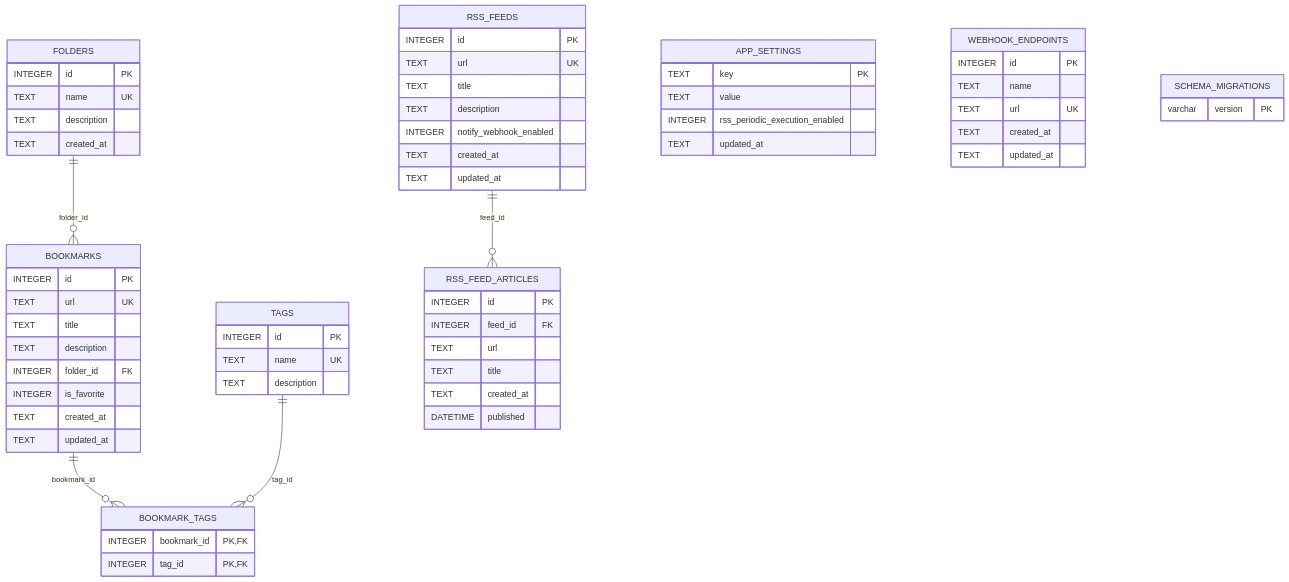
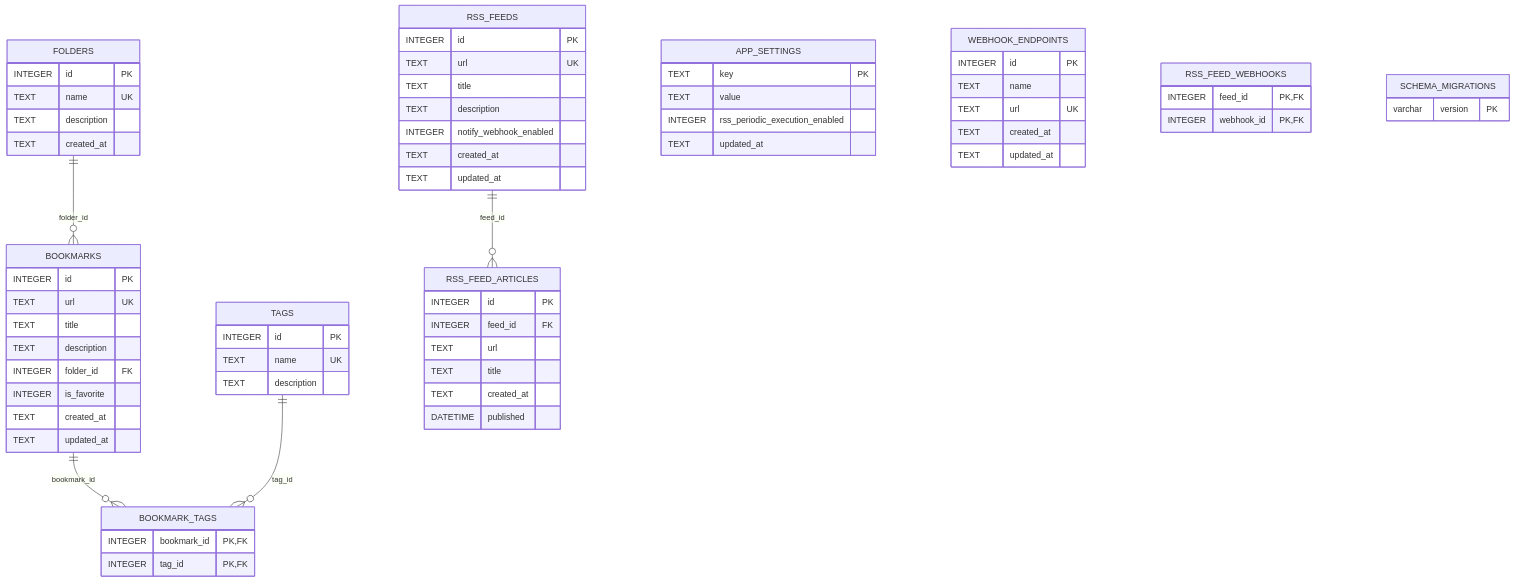
Before and after one commit to Kai17-a/shiori-keeper: the diagram in specs/architecture/data-model.md, drawn with Mermaid. The commit also changed other lines of this file and 28 other files, not shown here.

First line of the commit message:
feat(rss): allow selecting notification webhooks per feed

````diff
--- a/specs/architecture/data-model.md
+++ b/specs/architecture/data-model.md
@@ -8,74 +8,79 @@
 ```mermaid
 erDiagram
     FOLDERS ||--o{ BOOKMARKS : "folder_id"
     BOOKMARKS ||--o{ BOOKMARK_TAGS : "bookmark_id"
     TAGS ||--o{ BOOKMARK_TAGS : "tag_id"
     RSS_FEEDS ||--o{ RSS_FEED_ARTICLES : "feed_id"
 
     FOLDERS {
         INTEGER id PK
         TEXT name UK
         TEXT description
         TEXT created_at
     }
 
     BOOKMARKS {
         INTEGER id PK
         TEXT url UK
         TEXT title
         TEXT description
         INTEGER folder_id FK
         INTEGER is_favorite
         TEXT created_at
         TEXT updated_at
     }
 
     TAGS {
         INTEGER id PK
         TEXT name UK
         TEXT description
     }
 
     BOOKMARK_TAGS {
         INTEGER bookmark_id PK, FK
         INTEGER tag_id PK, FK
     }
 
     RSS_FEEDS {
         INTEGER id PK
         TEXT url UK
         TEXT title
         TEXT description
         INTEGER notify_webhook_enabled
         TEXT created_at
         TEXT updated_at
     }
 
     RSS_FEED_ARTICLES {
         INTEGER id PK
         INTEGER feed_id FK
         TEXT url
         TEXT title
         TEXT created_at
         DATETIME published
     }
 
     APP_SETTINGS {
         TEXT key PK
         TEXT value
         INTEGER rss_periodic_execution_enabled
         TEXT updated_at
     }
 
     WEBHOOK_ENDPOINTS {
         INTEGER id PK
         TEXT name
         TEXT url UK
         TEXT created_at
         TEXT updated_at
     }
 
+    RSS_FEED_WEBHOOKS {
+        INTEGER feed_id PK, FK
+        INTEGER webhook_id PK, FK
+    }
+
     SCHEMA_MIGRATIONS {
         varchar version PK
     }
 ```
````
